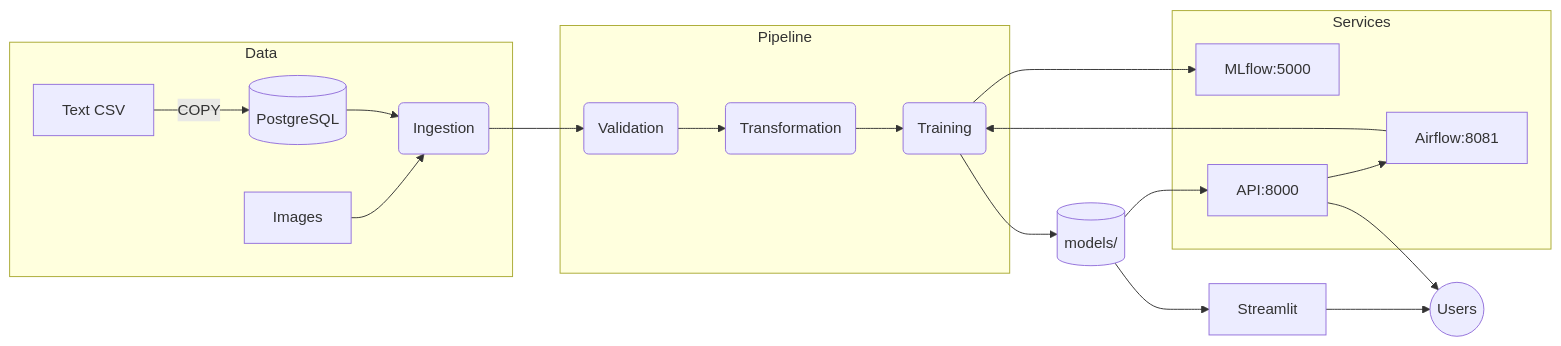
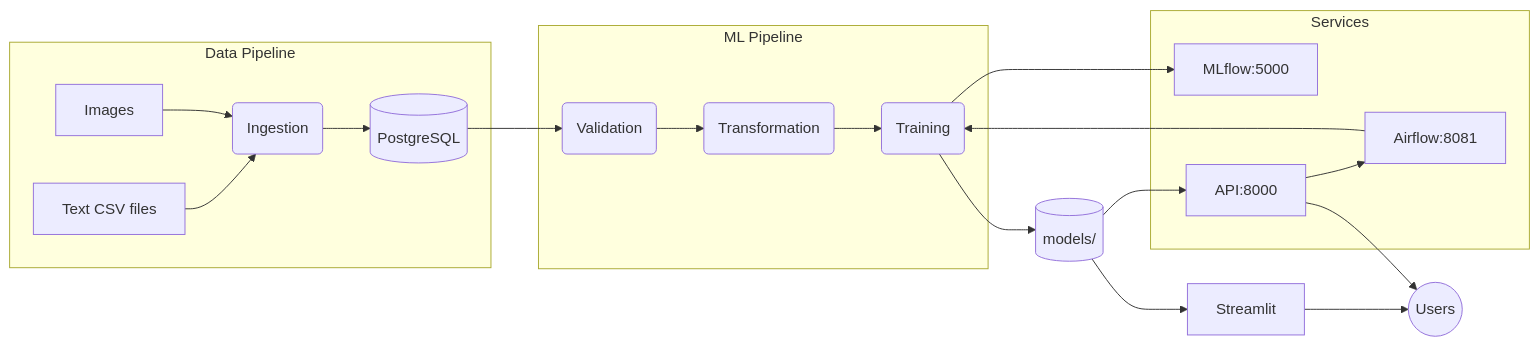
The diagram in README.md (DataScientest-Studio/jun25_bmle_mlops_rakuten2), drawn with Mermaid before and after one commit.

Commit message:
Fix main architecture schema in README.md

````diff
--- a/README.md
+++ b/README.md
@@ -159,27 +159,27 @@
 ```mermaid
 flowchart LR
-    subgraph Data
-        CSV[Text CSV] -->|COPY| PG[(PostgreSQL)]
+    subgraph Data Pipeline
+        CSV[Text CSV files] --> DI
+        DI(Ingestion) --> PG[(PostgreSQL)]
         Images[Images] --> DI
     end
 
-    subgraph Pipeline
-        DI(Ingestion) --> DV(Validation) --> DT(Transformation) --> MT(Training)
+    subgraph ML Pipeline
+        PG --> DV(Validation) --> DT(Transformation) --> MT(Training)
     end
 
     subgraph Services
         MLflow[MLflow:5000]
         API[API:8000]
         Airflow[Airflow:8081]
     end
 
-    PG --> DI
     MT --> MLflow
     MT --> Artifacts[(models/)]
     Artifacts --> API
     Artifacts --> Streamlit
     API --> Airflow
     Airflow --> MT
     API --> Users((Users))
     Streamlit --> Users
 ```
````
